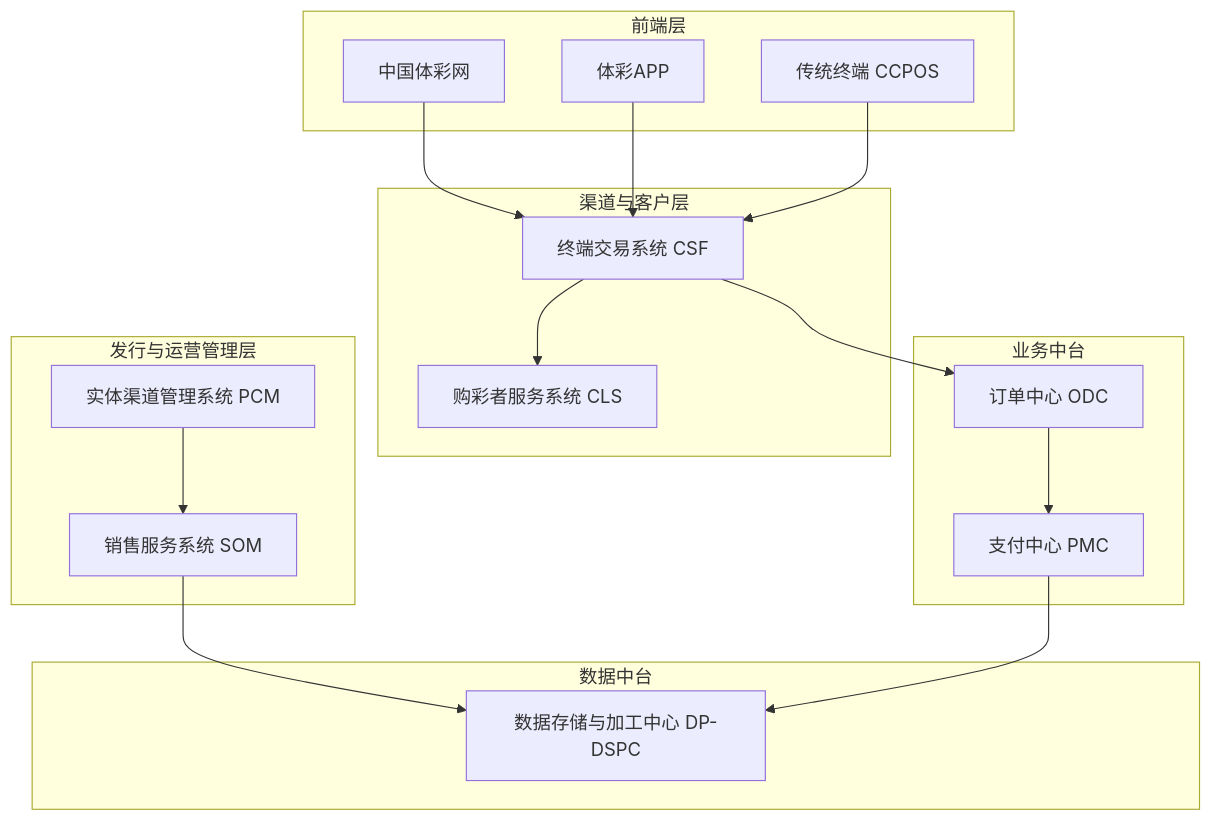
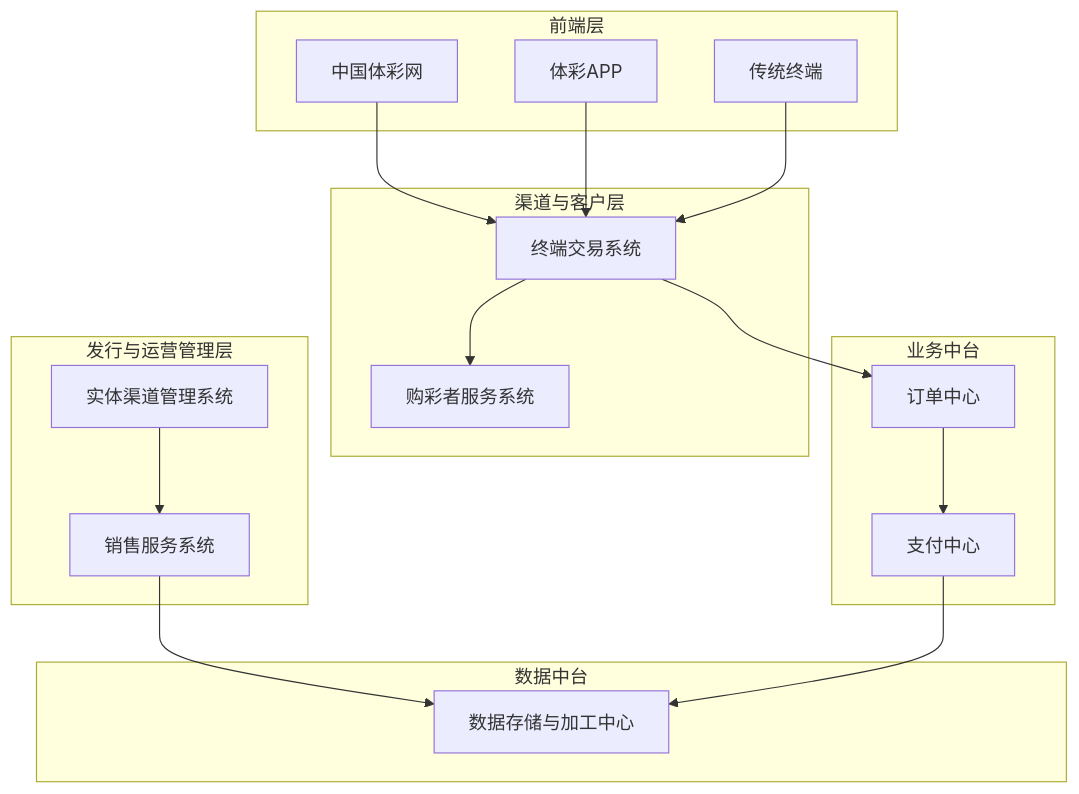
The first of 3 diagrams in SKILL.md (yangtaylor/asw-skill), drawn with Mermaid before and after one commit. The commit also changed other lines of this file, not shown here.

````diff
--- a/SKILL.md
+++ b/SKILL.md
@@ -251,37 +253,37 @@
    ```mermaid
    graph TD
        subgraph 前端层
            A[中国体彩网]
            B[体彩APP]
-           C[传统终端 CCPOS]
+           C[传统终端]
        end
        
        subgraph 渠道与客户层
-           D[终端交易系统 CSF]
-           E[购彩者服务系统 CLS]
+           D[终端交易系统]
+           E[购彩者服务系统]
        end
        
        subgraph 发行与运营管理层
-           F[实体渠道管理系统 PCM]
-           G[销售服务系统 SOM]
+           F[实体渠道管理系统]
+           G[销售服务系统]
        end
        
        subgraph 业务中台
-           H[订单中心 ODC]
-           I[支付中心 PMC]
+           H[订单中心]
+           I[支付中心]
        end
        
        subgraph 数据中台
-           J[数据存储与加工中心 DP-DSPC]
+           J[数据存储与加工中心]
        end
        
        A --> D
        B --> D
        C --> D
        D --> E
        D --> H
        H --> I
        F --> G
        G --> J
        I --> J
    ```
````
